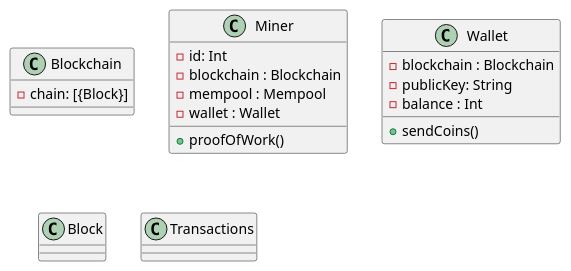
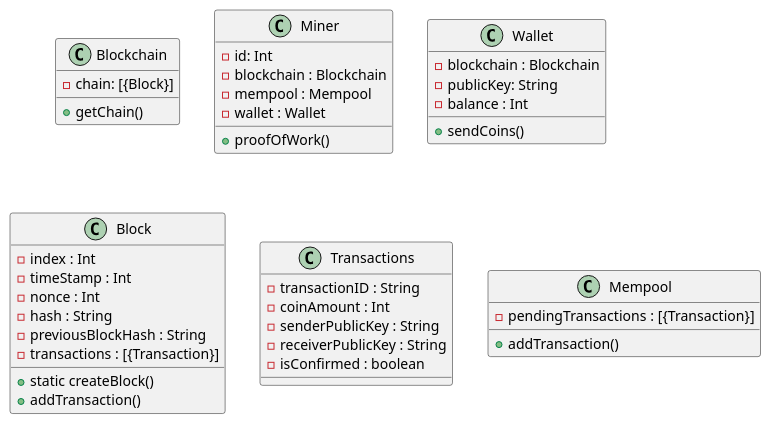
One commit to valleria-web/blockchain_prototype changed the diagram in blockchainV1.plantUML. Above: the diagram before and after it, drawn with PlantUML. The commit also changed 6 other files, not shown here.

Commit message:
blockTransactionsMempool

```diff
--- a/blockchainV1.plantUML
+++ b/blockchainV1.plantUML
@@ -1,29 +1,48 @@
 @startuml blockchainV1 
 
 class Blockchain {
   - chain: [{Block}]
+  + getChain()
 }
 
 class Miner {
   - id: Int
   - blockchain : Blockchain
   - mempool : Mempool
   - wallet : Wallet
   + proofOfWork()
 }
 
 class Wallet  {
   - blockchain : Blockchain
   - publicKey: String
   - balance : Int
   + sendCoins()
 }
 
 
 class Block{
+  - index : Int
+  - timeStamp : Int
+  - nonce : Int
+  - hash : String
+  - previousBlockHash : String
+  - transactions : [{Transaction}]
+  + static createBlock()
+  + addTransaction()
 }
 
 class Transactions {
+  - transactionID : String
+  - coinAmount : Int
+  - senderPublicKey : String
+  - receiverPublicKey : String
+  - isConfirmed : boolean
+}
+
+class Mempool{
+  - pendingTransactions : [{Transaction}]
+  + addTransaction()
 }
 
 @enduml
```
